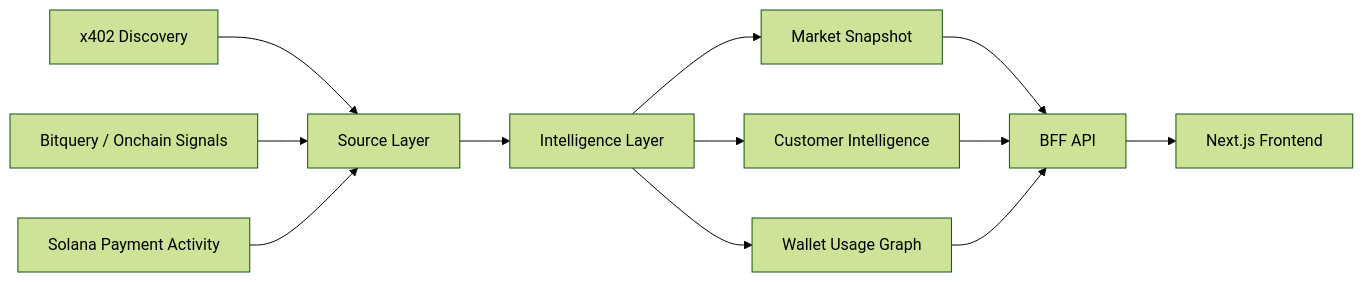
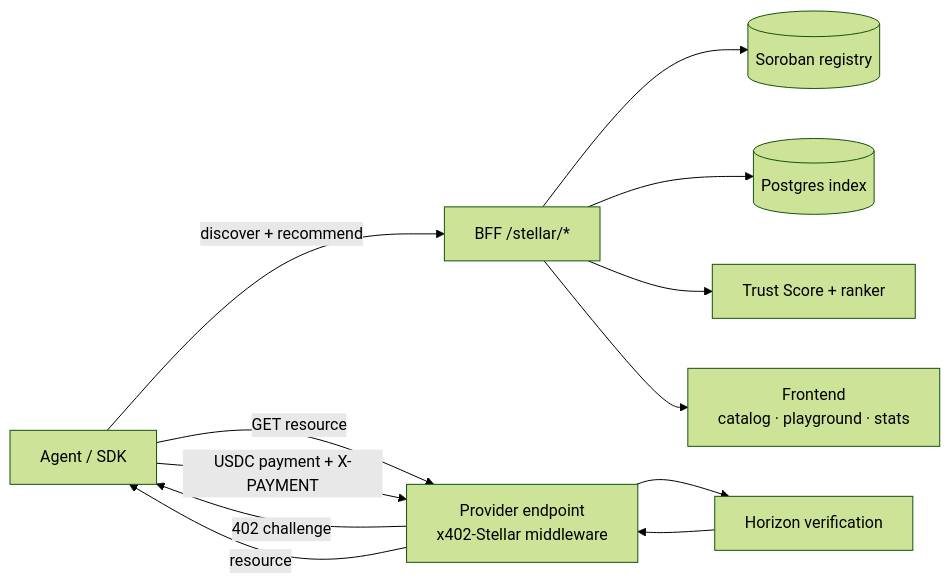
One commit to DonCervantes/x402-Handle changed the diagram in README.md. Above: the diagram before and after it, drawn with Mermaid (forest theme). The commit also changed other lines of this file, not shown here.

Commit message:
docs: rewrite root README for HANDLE on Stellar

````diff
--- a/README.md
+++ b/README.md
@@ -72,17 +33,14 @@
 ```mermaid
 flowchart LR
-  A[x402 Discovery] --> D[Source Layer]
-  B[Bitquery / Onchain Signals] --> D
-  C[Solana Payment Activity] --> D
-
-  D --> E[Intelligence Layer]
-  E --> F[Market Snapshot]
-  E --> G[Customer Intelligence]
-  E --> H[Wallet Usage Graph]
-
-  F --> I[BFF API]
-  G --> I
-  H --> I
-
-  I --> J[Next.js Frontend]
+  A[Agent / SDK] -->|discover + recommend| B[BFF /stellar/*]
+  B --> C[(Soroban registry)]
+  B --> D[(Postgres index)]
+  B --> E[Trust Score + ranker]
+  A -->|GET resource| F[Provider endpoint<br/>x402-Stellar middleware]
+  F -->|402 challenge| A
+  A -->|USDC payment + X-PAYMENT| F
+  F --> G[Horizon verification]
+  G --> F
+  F -->|resource| A
+  B --> H[Frontend<br/>catalog · playground · stats]
 ```
````
